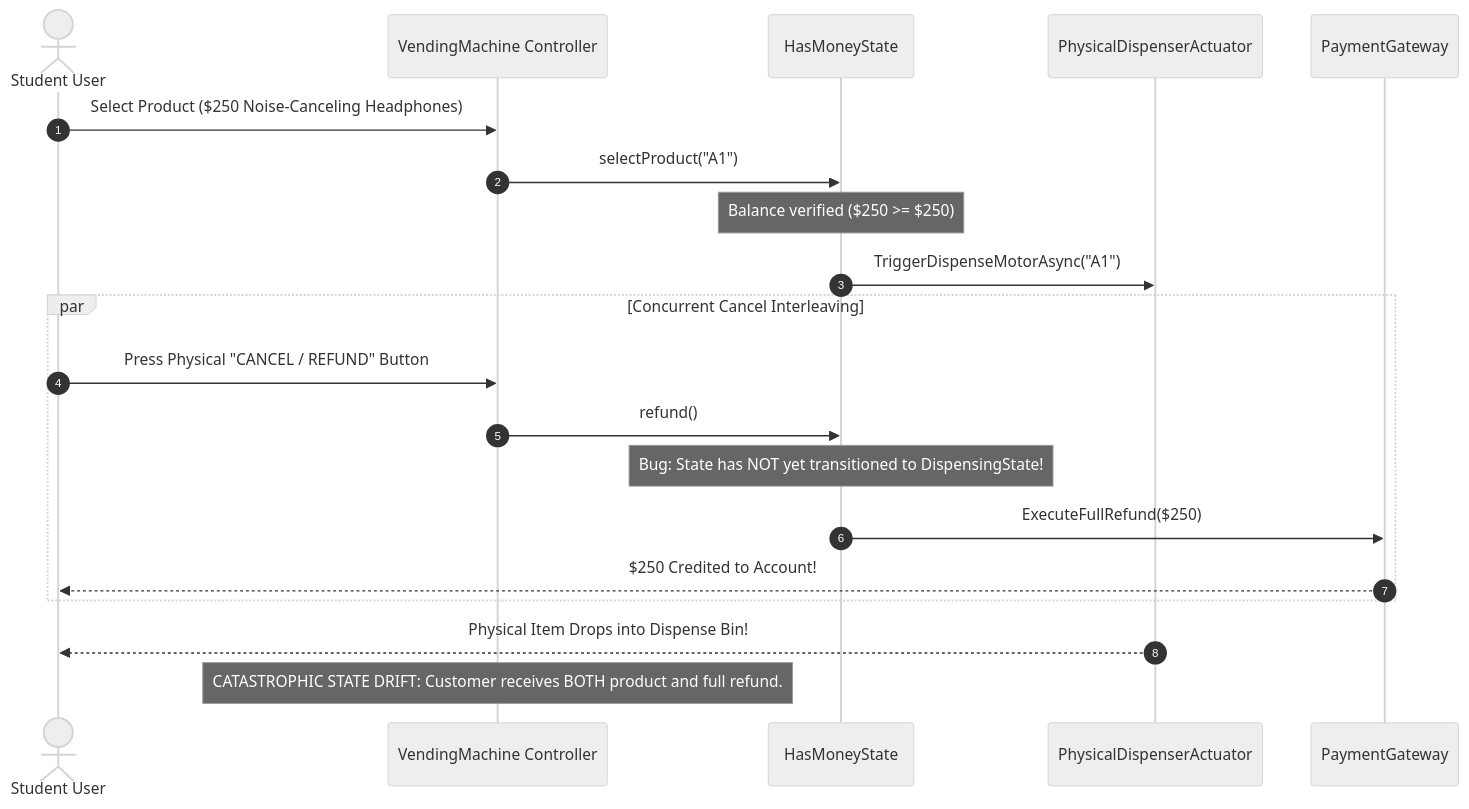
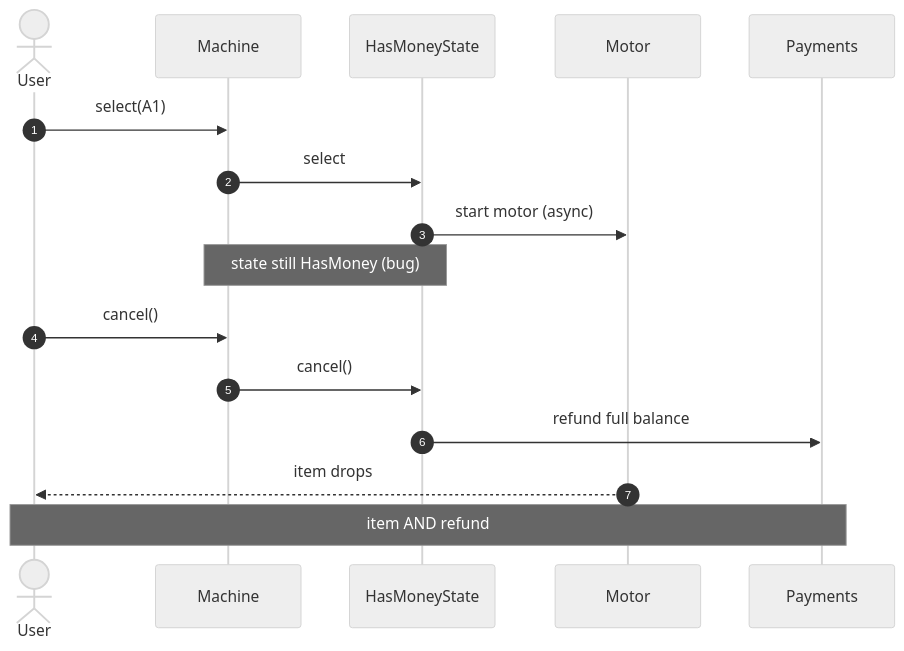
Before and after one commit to TapanKumarBarik/Backend-roadmap: the fourth of 4 diagrams in content/lld/13-library-and-vending-machine/README.md, drawn with Mermaid (neutral theme). The commit also changed other lines of this file and 68 other files, not shown here.

````diff
--- a/content/lld/13-library-and-vending-machine/README.md
+++ b/content/lld/13-library-and-vending-machine/README.md
@@ -113,25 +903,19 @@
 ```mermaid
 sequenceDiagram
-    autonumber
-    actor Attacker as Student User
-    participant Kiosk as VendingMachine Controller
-    participant State as HasMoneyState
-    participant Motor as PhysicalDispenserActuator
-    participant Pay as PaymentGateway
+  autonumber
+  actor U as User
+  participant M as Machine
+  participant S as HasMoneyState
+  participant HW as Motor
+  participant Pay as Payments
 
-    Attacker->>Kiosk: Select Product ($250 Noise-Canceling Headphones)
-    Kiosk->>State: selectProduct("A1")
-    Note over State: Balance verified ($250 >= $250)
-    State->>Motor: TriggerDispenseMotorAsync("A1")
-    
-    par Concurrent Cancel Interleaving
-        Attacker->>Kiosk: Press Physical "CANCEL / REFUND" Button
-        Kiosk->>State: refund()
-        Note over State: Bug: State has NOT yet transitioned to DispensingState!
-        State->>Pay: ExecuteFullRefund($250)
-        Pay-->>Attacker: $250 Credited to Account!
-    end
-
-    Motor-->>Attacker: Physical Item Drops into Dispense Bin!
-    Note over Kiosk: CATASTROPHIC STATE DRIFT: Customer receives BOTH product and full refund.
+  U->>M: select(A1)
+  M->>S: select
+  S->>HW: start motor (async)
+  Note over M,S: state still HasMoney (bug)
+  U->>M: cancel()
+  M->>S: cancel()
+  S->>Pay: refund full balance
+  HW-->>U: item drops
+  Note over U,Pay: item AND refund
 ```
````
